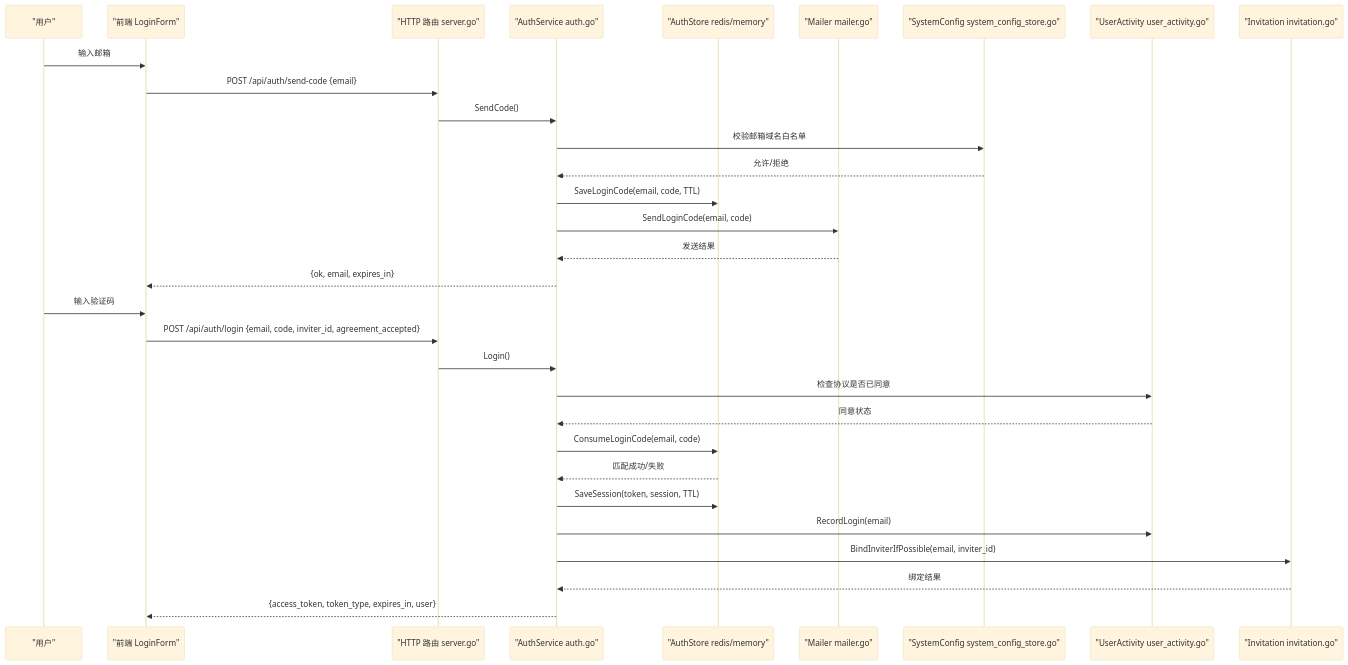
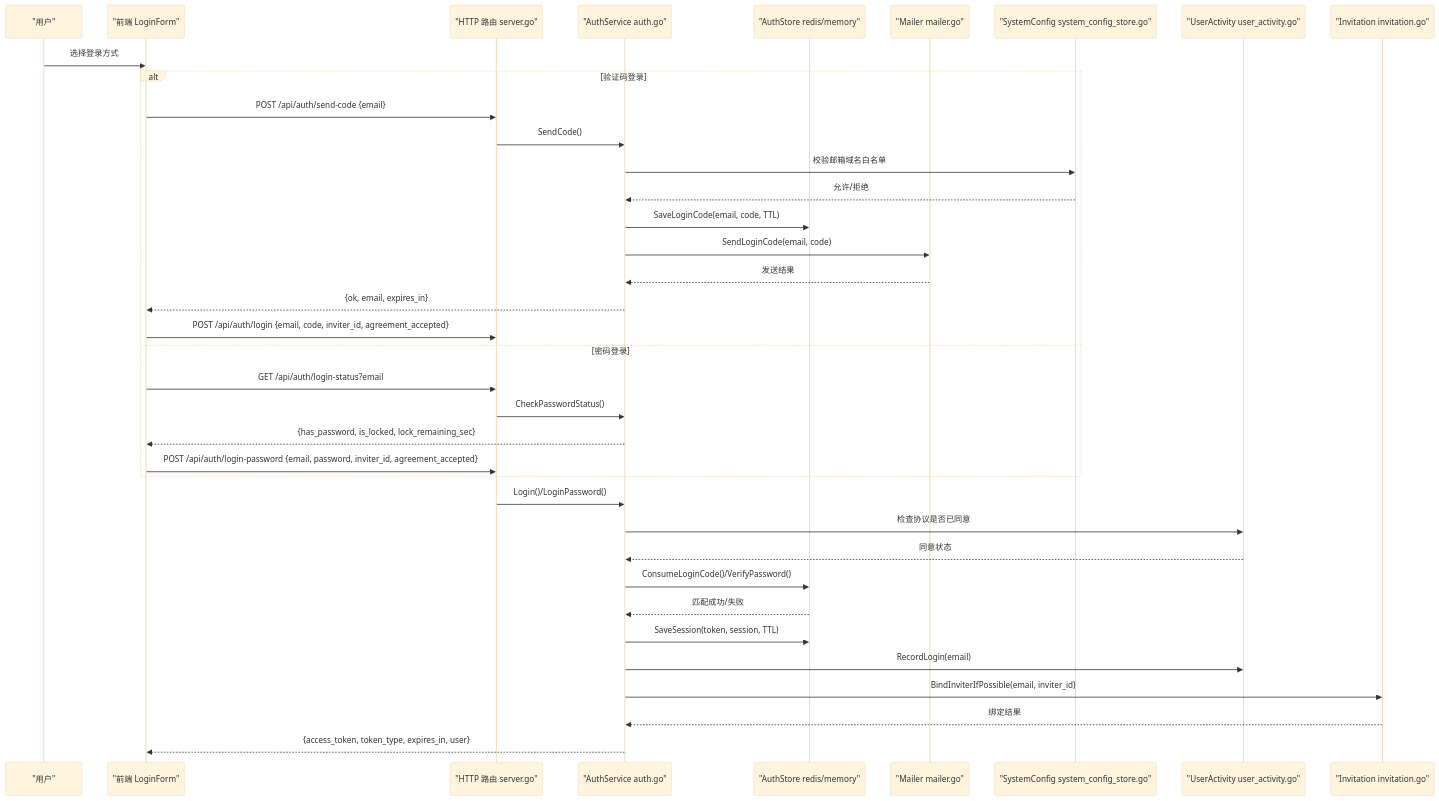
One commit to alvinwangzi/goodhr changed the second of 5 diagrams in .qoder/repowiki/zh/content/云端后端服务/用户认证系统/用户注册登录.md. Above: the diagram before and after it, drawn with Mermaid (base theme). The commit also changed other lines of this file and 10 other files, not shown here.

````diff
--- a/.qoder/repowiki/zh/content/云端后端服务/用户认证系统/用户注册登录.md
+++ b/.qoder/repowiki/zh/content/云端后端服务/用户认证系统/用户注册登录.md
@@ -88,33 +99,39 @@
 ```mermaid
 sequenceDiagram
 participant U as "用户"
 participant FE as "前端 LoginForm"
 participant API as "HTTP 路由 server.go"
 participant A as "AuthService auth.go"
 participant S as "AuthStore redis/memory"
 participant M as "Mailer mailer.go"
 participant C as "SystemConfig system_config_store.go"
 participant UA as "UserActivity user_activity.go"
 participant I as "Invitation invitation.go"
-U->>FE : 输入邮箱
+U->>FE : 选择登录方式
+alt 验证码登录
 FE->>API : POST /api/auth/send-code {email}
 API->>A : SendCode()
 A->>C : 校验邮箱域名白名单
 C-->>A : 允许/拒绝
 A->>S : SaveLoginCode(email, code, TTL)
 A->>M : SendLoginCode(email, code)
 M-->>A : 发送结果
 A-->>FE : {ok, email, expires_in}
-U->>FE : 输入验证码
 FE->>API : POST /api/auth/login {email, code, inviter_id, agreement_accepted}
-API->>A : Login()
+else 密码登录
+FE->>API : GET /api/auth/login-status?email
+API->>A : CheckPasswordStatus()
+A-->>FE : {has_password, is_locked, lock_remaining_sec}
+FE->>API : POST /api/auth/login-password {email, password, inviter_id, agreement_accepted}
+end
+API->>A : Login()/LoginPassword()
 A->>UA : 检查协议是否已同意
 UA-->>A : 同意状态
-A->>S : ConsumeLoginCode(email, code)
+A->>S : ConsumeLoginCode()/VerifyPassword()
 S-->>A : 匹配成功/失败
 A->>S : SaveSession(token, session, TTL)
 A->>UA : RecordLogin(email)
 A->>I : BindInviterIfPossible(email, inviter_id)
 I-->>A : 绑定结果
 A-->>FE : {access_token, token_type, expires_in, user}
 ```
````
